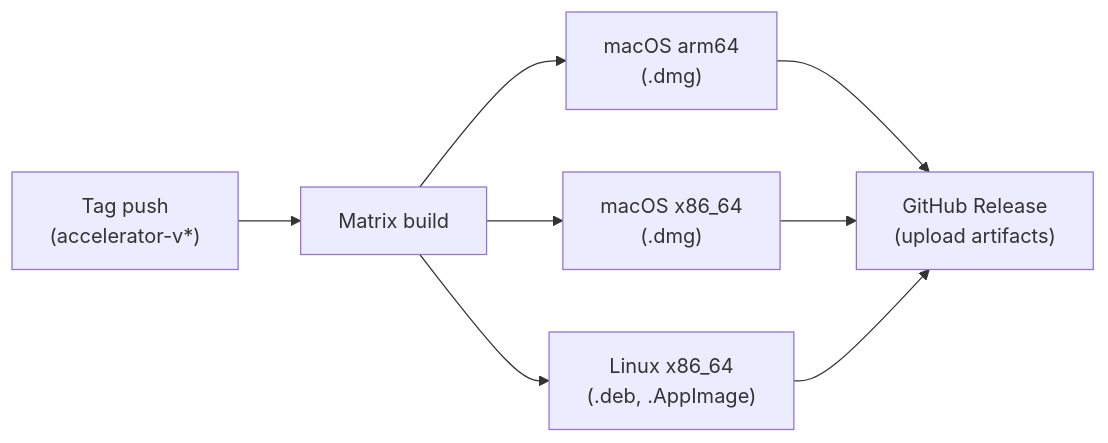
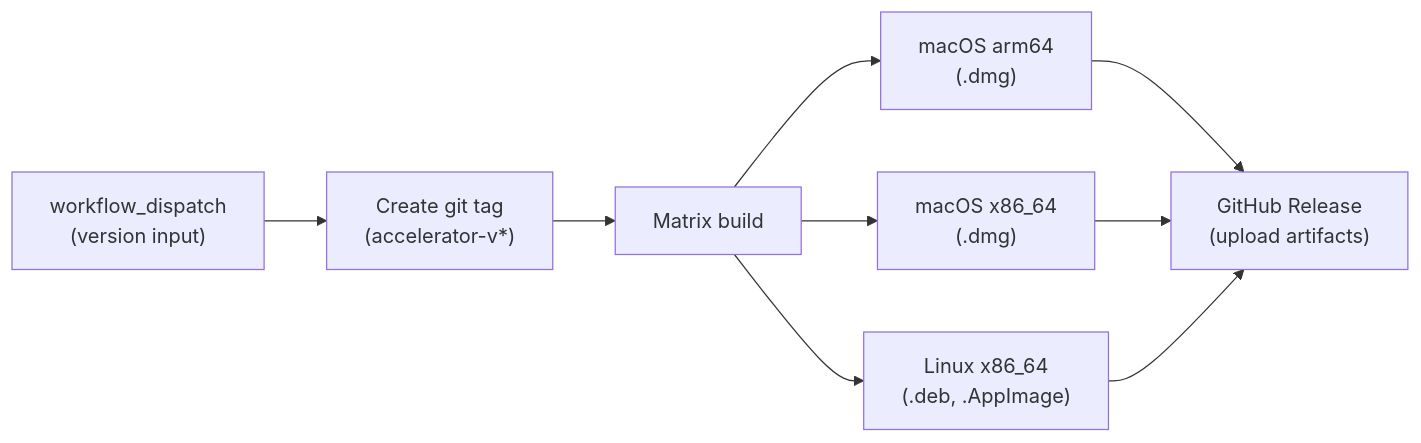
One commit to alejoamiras/tee-rex changed the fifth of 5 diagrams in docs/ci-pipeline.md. Above: the diagram before and after it, drawn with Mermaid. The commit also changed other lines of this file and 5 other files, not shown here.

First line of the commit message:
ci(accelerator): replace Release Please with manual dispatch release (#207)

````diff
--- a/docs/ci-pipeline.md
+++ b/docs/ci-pipeline.md
@@ -209,8 +209,9 @@
 ```mermaid
 graph LR
-    tag["Tag push\n(accelerator-v*)"] --> matrix["Matrix build"]
+    dispatch["workflow_dispatch\n(version input)"] --> tag["Create git tag\n(accelerator-v*)"]
+    tag --> matrix["Matrix build"]
     matrix --> mac_arm["macOS arm64\n(.dmg)"]
     matrix --> mac_x64["macOS x86_64\n(.dmg)"]
     matrix --> linux["Linux x86_64\n(.deb, .AppImage)"]
     mac_arm & mac_x64 & linux --> release["GitHub Release\n(upload artifacts)"]
 ```
````
